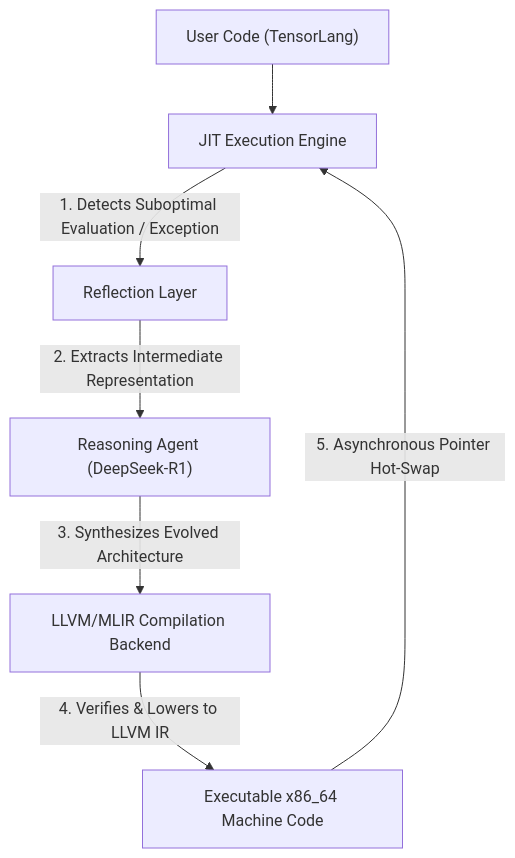
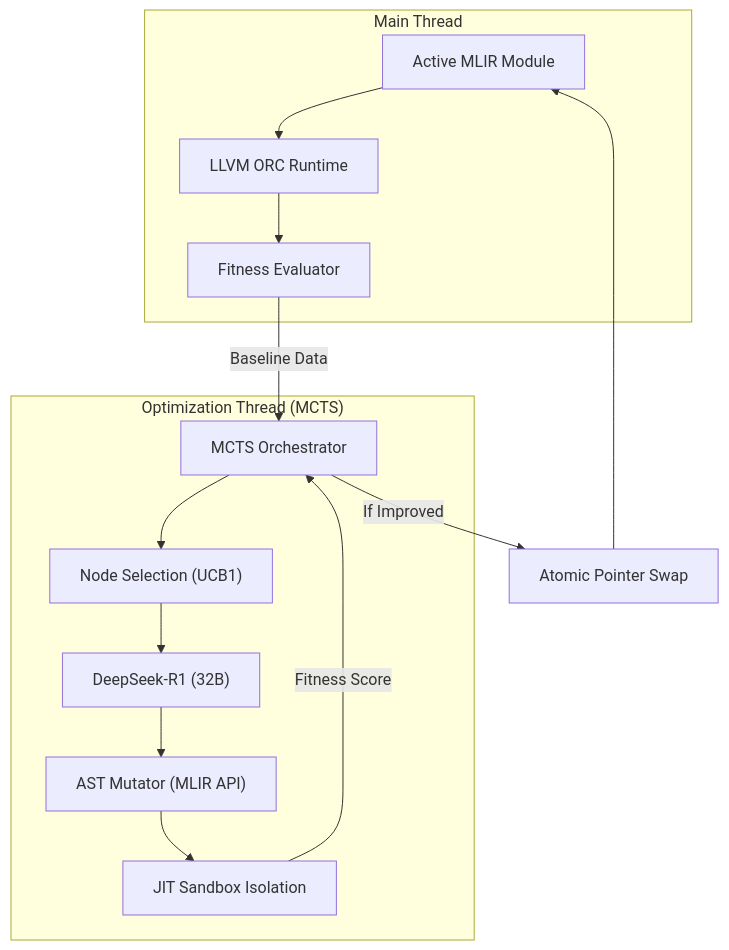
Before and after one commit to anpag/neuroJIT: the diagram in docs/architecture/overview.md, drawn with Mermaid. The commit also changed other lines of this file and 20 other files, not shown here.

````diff
--- a/docs/architecture/overview.md
+++ b/docs/architecture/overview.md
@@ -6,9 +9,20 @@
 ```mermaid
 graph TD
-    User["User Code (TensorLang)"] --> Runtime
-    Runtime["JIT Execution Engine"] -- "1. Detects Suboptimal Evaluation / Exception" --> Introspection
-    Introspection["Reflection Layer"] -- "2. Extracts Intermediate Representation" --> Reasoning
-    Reasoning["Reasoning Agent (DeepSeek-R1)"] -- "3. Synthesizes Evolved Architecture" --> Compiler
-    Compiler["LLVM/MLIR Compilation Backend"] -- "4. Verifies & Lowers to LLVM IR" --> MachineCode
-    MachineCode["Executable x86_64 Machine Code"] -- "5. Asynchronous Pointer Hot-Swap" --> Runtime
+    subgraph "Main Thread"
+        ActiveCode["Active MLIR Module"] --> Execution["LLVM ORC Runtime"]
+        Execution --> Performance["Fitness Evaluator"]
+    end
+
+    Performance -- "Baseline Data" --> MCTS
+    
+    subgraph "Optimization Thread (MCTS)"
+        MCTS["MCTS Orchestrator"] --> Selection["Node Selection (UCB1)"]
+        Selection --> Prompting["DeepSeek-R1 (32B)"]
+        Prompting --> Mutation["AST Mutator (MLIR API)"]
+        Mutation --> Sandbox["JIT Sandbox Isolation"]
+        Sandbox -- "Fitness Score" --> MCTS
+    end
+
+    MCTS -- "If Improved" --> HotSwap["Atomic Pointer Swap"]
+    HotSwap --> ActiveCode
 ```
````
